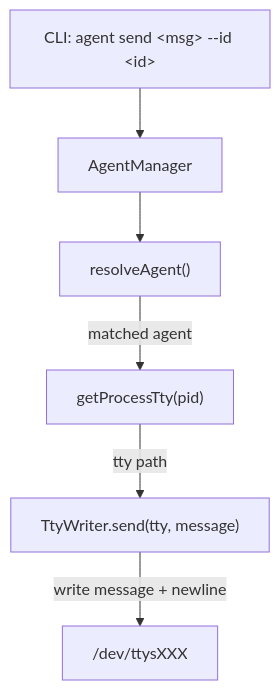
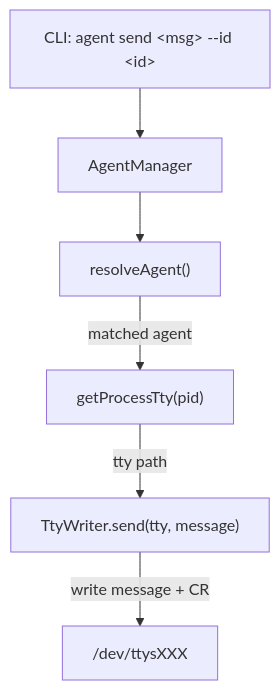
The diagram in docs/ai/design/feature-agent-send.md (codeaholicguy/ai-devkit), drawn with Mermaid before and after one commit. The commit also changed other lines of this file and 1 other file, not shown here.

````diff
--- a/docs/ai/design/feature-agent-send.md
+++ b/docs/ai/design/feature-agent-send.md
@@ -11,15 +11,15 @@
 ```mermaid
 graph TD
     CLI["CLI: agent send &lt;msg&gt; --id &lt;id&gt;"]
     AM[AgentManager]
     Resolve["resolveAgent()"]
     TTY["getProcessTty(pid)"]
     Writer["TtyWriter.send(tty, message)"]
     Device["/dev/ttysXXX"]
 
     CLI --> AM
     AM --> Resolve
     Resolve -->|matched agent| TTY
     TTY -->|tty path| Writer
-    Writer -->|write message + newline| Device
+    Writer -->|write message + CR| Device
 ```
````
